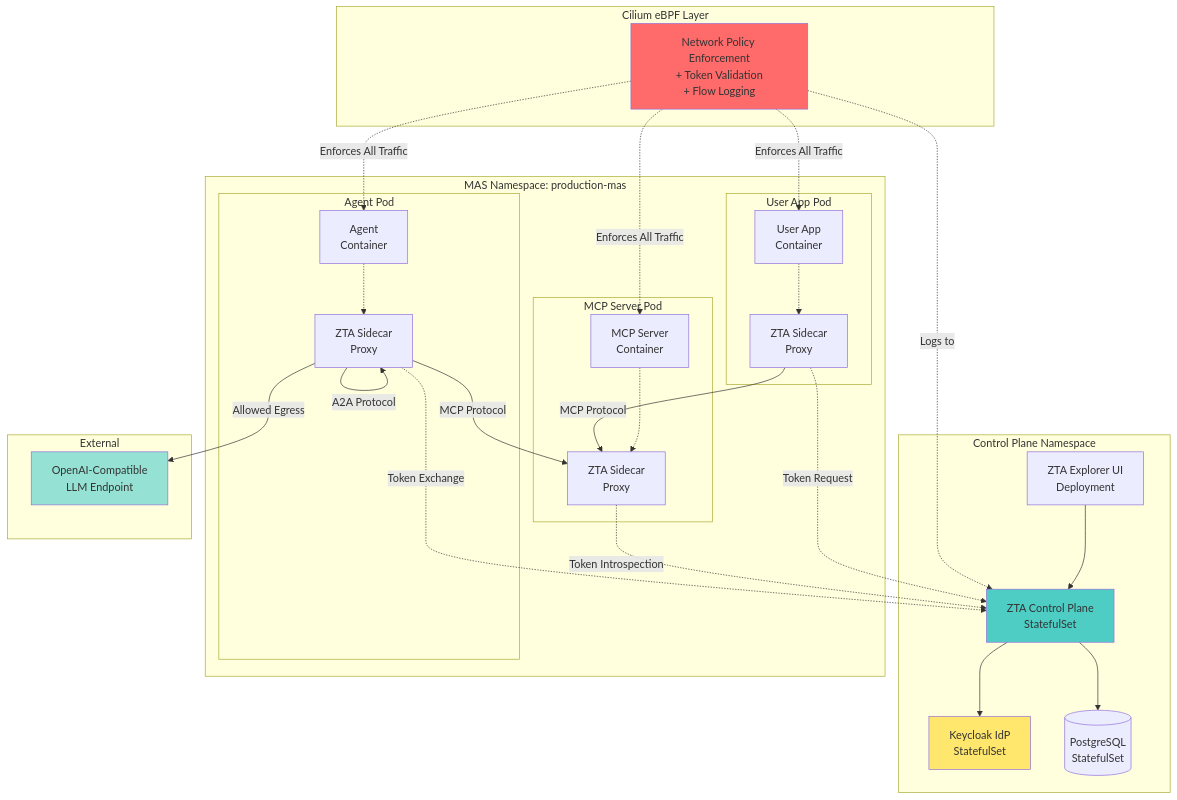
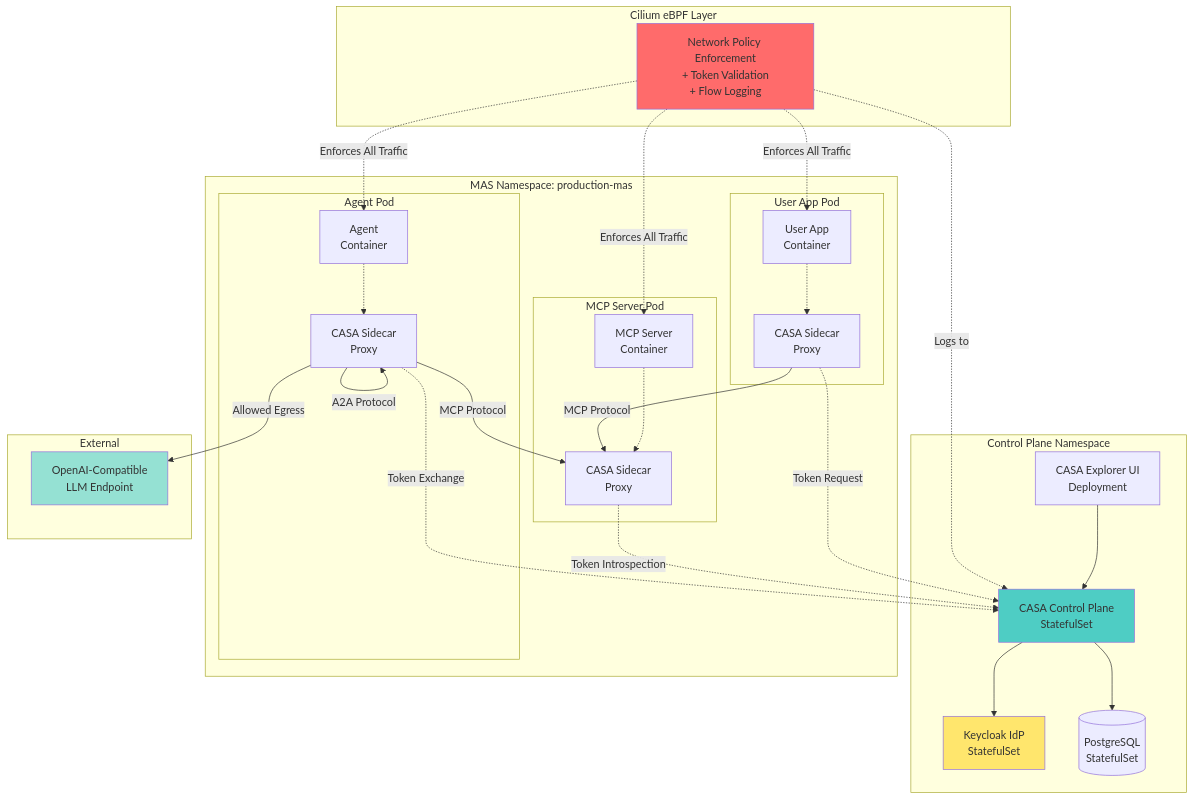
Before and after one commit to outshift-open/CASA: the first of 16 diagrams in contrib/wip/it1/SPECS.md, drawn with Mermaid. The commit also changed other lines of this file and 294 other files, not shown here.

Commit message:
feat: Rename from ZTA to CASA

````diff
--- a/contrib/wip/it1/SPECS.md
+++ b/contrib/wip/it1/SPECS.md
@@ -85,61 +85,61 @@
 ```mermaid
 graph TB
     subgraph "Control Plane Namespace"
-        ZTA[ZTA Control Plane<br/>StatefulSet]
+        CASA[CASA Control Plane<br/>StatefulSet]
         KC[Keycloak IdP<br/>StatefulSet]
         PG[(PostgreSQL<br/>StatefulSet)]
-        UI[ZTA Explorer UI<br/>Deployment]
+        UI[CASA Explorer UI<br/>Deployment]
 
-        ZTA --> KC
-        ZTA --> PG
-        UI --> ZTA
+        CASA --> KC
+        CASA --> PG
+        UI --> CASA
     end
 
     subgraph "MAS Namespace: production-mas"
         subgraph "User App Pod"
             UA[User App<br/>Container]
-            UAS[ZTA Sidecar<br/>Proxy]
+            UAS[CASA Sidecar<br/>Proxy]
             UA -.-> UAS
         end
 
         subgraph "Agent Pod"
             AG[Agent<br/>Container]
-            AGS[ZTA Sidecar<br/>Proxy]
+            AGS[CASA Sidecar<br/>Proxy]
             AG -.-> AGS
         end
 
         subgraph "MCP Server Pod"
             MCP[MCP Server<br/>Container]
-            MCPS[ZTA Sidecar<br/>Proxy]
+            MCPS[CASA Sidecar<br/>Proxy]
             MCP -.-> MCPS
         end
 
         UAS -->|MCP Protocol| MCPS
         AGS -->|A2A Protocol| AGS
         AGS -->|MCP Protocol| MCPS
     end
 
     subgraph "External"
         LLM[OpenAI-Compatible<br/>LLM Endpoint]
     end
 
     subgraph "Cilium eBPF Layer"
         EBPF[Network Policy Enforcement<br/>+ Token Validation<br/>+ Flow Logging]
     end
 
-    UAS -.->|Token Request| ZTA
-    AGS -.->|Token Exchange| ZTA
-    MCPS -.->|Token Introspection| ZTA
+    UAS -.->|Token Request| CASA
+    AGS -.->|Token Exchange| CASA
+    MCPS -.->|Token Introspection| CASA
 
     AGS -->|Allowed Egress| LLM
 
     EBPF -.->|Enforces All Traffic| UA
     EBPF -.->|Enforces All Traffic| AG
     EBPF -.->|Enforces All Traffic| MCP
-    EBPF -.->|Logs to| ZTA
+    EBPF -.->|Logs to| CASA
 
     style EBPF fill:#ff6b6b
-    style ZTA fill:#4ecdc4
+    style CASA fill:#4ecdc4
     style KC fill:#ffe66d
     style LLM fill:#95e1d3
 ```
````
